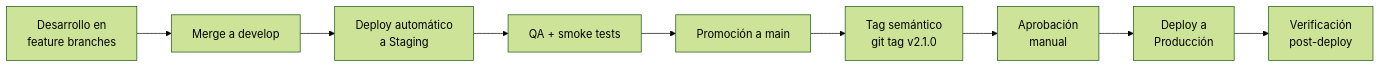
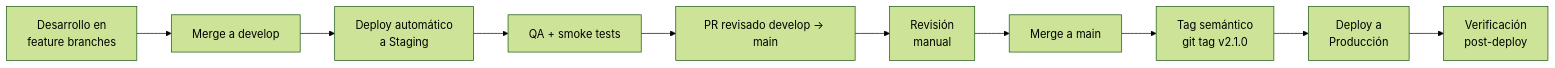
Before and after one commit to AndresGilabert/terrenario: the diagram in docs/08-procesos/proceso-release.md, drawn with Mermaid (forest theme). The commit also changed other lines of this file and 32 other files, not shown here.

````diff
--- a/docs/08-procesos/proceso-release.md
+++ b/docs/08-procesos/proceso-release.md
@@ -27,11 +27,12 @@
 ```mermaid
 flowchart LR
     dev["Desarrollo en\nfeature branches"] --> develop["Merge a develop"]
     develop --> staging["Deploy automático\na Staging"]
     staging --> qa["QA + smoke tests"]
-    qa --> main["Promoción a main"]
+    qa --> pr["PR revisado develop → main"]
+    pr --> approval["Revisión\nmanual"]
+    approval --> main["Merge a main"]
     main --> tag["Tag semántico\ngit tag v2.1.0"]
-    tag --> approval["Aprobación\nmanual"]
-    approval --> prod["Deploy a\nProducción"]
+    tag --> prod["Deploy a\nProducción"]
     prod --> verify["Verificación\npost-deploy"]
 ```
````
